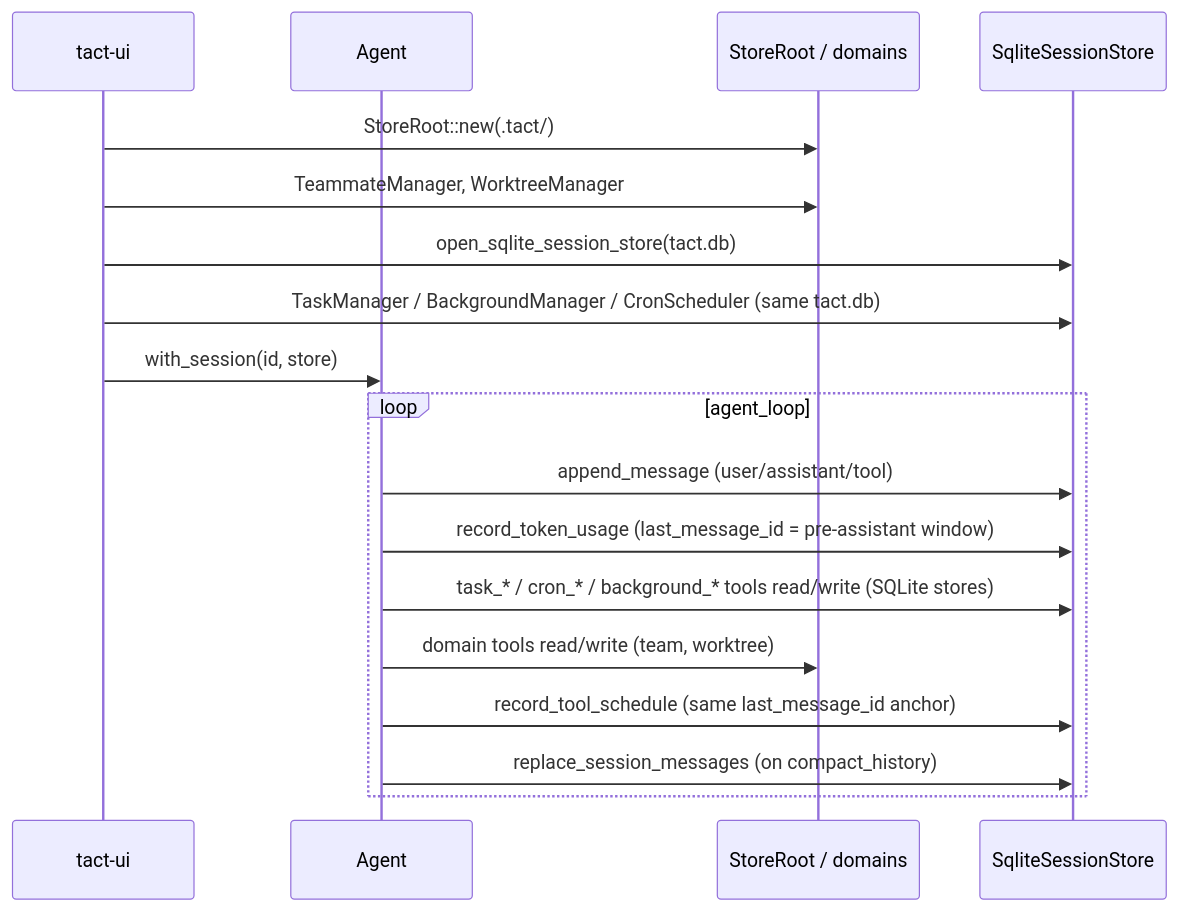
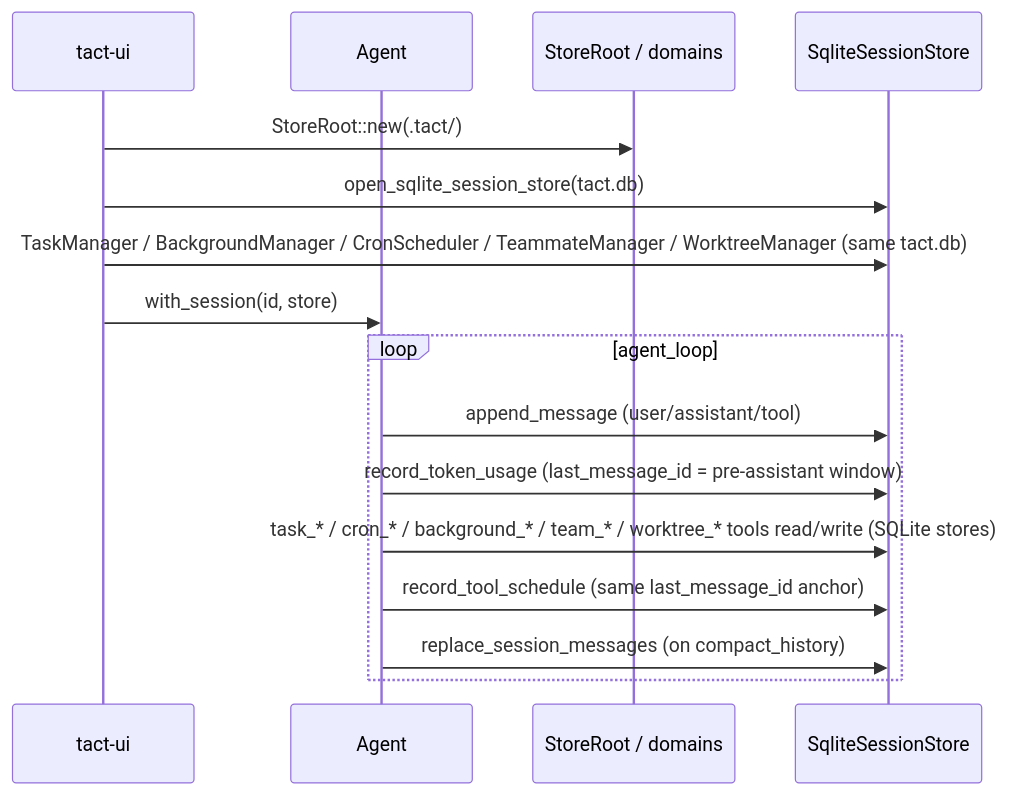
Before and after one commit to rust-infra/tact: the second of 2 diagrams in book/01_chapter_store.md, drawn with Mermaid. The commit also changed other lines of this file and 20 other files, not shown here.

First line of the commit message:
feat(store): migrate team and worktree storage from JSON to SQLite

````diff
--- a/book/01_chapter_store.md
+++ b/book/01_chapter_store.md
@@ -174,22 +175,20 @@
 ```mermaid
 sequenceDiagram
     participant TUI as tact-ui
     participant Agent
     participant JSON as StoreRoot / domains
     participant SQL as SqliteSessionStore
 
     TUI->>JSON: StoreRoot::new(.tact/)
-    TUI->>JSON: TeammateManager, WorktreeManager
     TUI->>SQL: open_sqlite_session_store(tact.db)
-    TUI->>SQL: TaskManager / BackgroundManager / CronScheduler (same tact.db)
+    TUI->>SQL: TaskManager / BackgroundManager / CronScheduler / TeammateManager / WorktreeManager (same tact.db)
     TUI->>Agent: with_session(id, store)
 
     loop agent_loop
         Agent->>SQL: append_message (user/assistant/tool)
         Agent->>SQL: record_token_usage (last_message_id = pre-assistant window)
-        Agent->>SQL: task_* / cron_* / background_* tools read/write (SQLite stores)
-        Agent->>JSON: domain tools read/write (team, worktree)
+        Agent->>SQL: task_* / cron_* / background_* / team_* / worktree_* tools read/write (SQLite stores)
         Agent->>SQL: record_tool_schedule (same last_message_id anchor)
         Agent->>SQL: replace_session_messages (on compact_history)
     end
 ```
````
